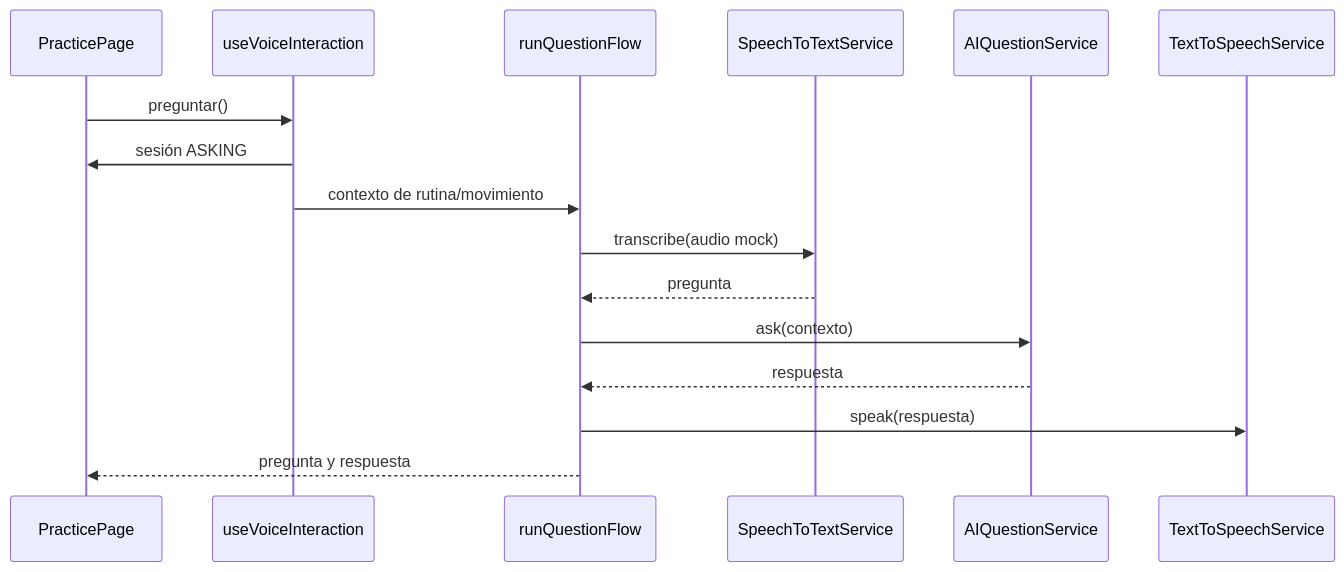
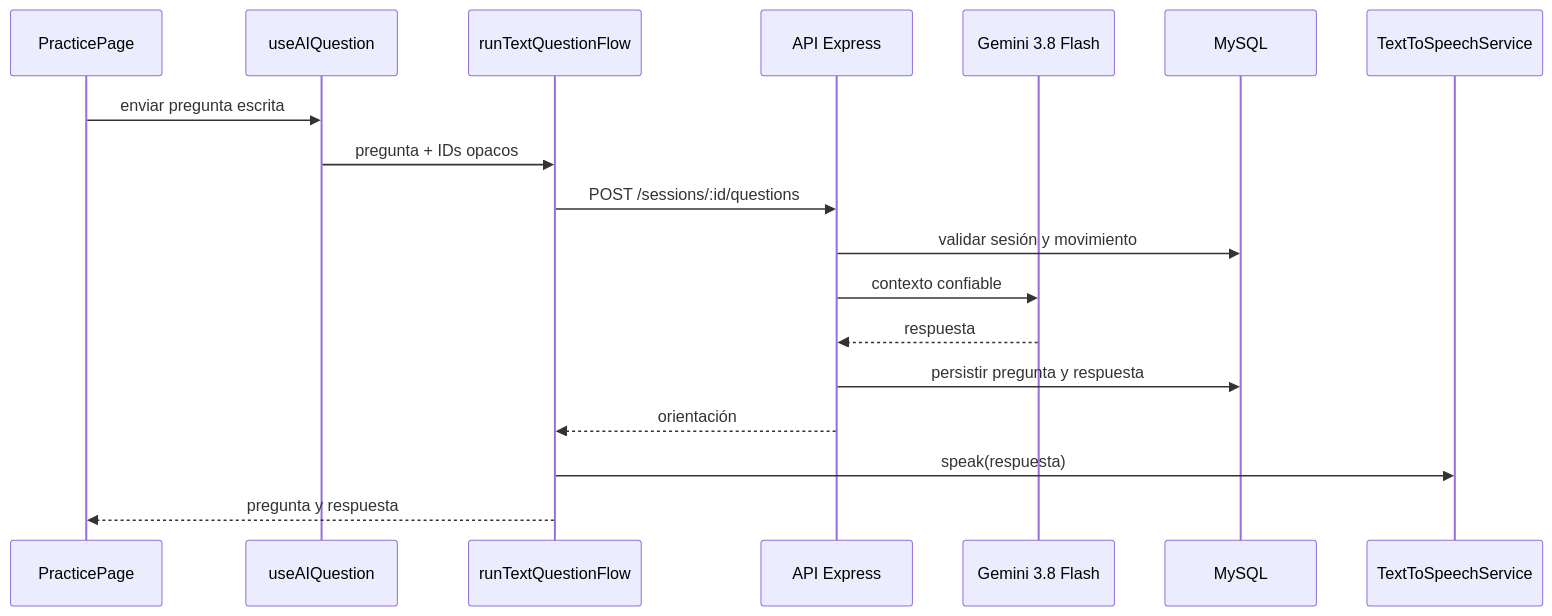
Before and after one commit to marianafloreslopez99/Taichi: the second of 2 diagrams in docs/ARCHITECTURE.md, drawn with Mermaid. The commit also changed other lines of this file and 24 other files, not shown here.

Commit message:
feat: make Gemini questions functional end to end

````diff
--- a/docs/ARCHITECTURE.md
+++ b/docs/ARCHITECTURE.md
@@ -17,18 +17,20 @@
 ```mermaid
 sequenceDiagram
   participant UI as PracticePage
-  participant Hook as useVoiceInteraction
-  participant Flow as runQuestionFlow
-  participant STT as SpeechToTextService
-  participant LLM as AIQuestionService
+  participant Hook as useAIQuestion
+  participant Flow as runTextQuestionFlow
+  participant API as API Express
+  participant LLM as Gemini 3.8 Flash
+  participant DB as MySQL
   participant TTS as TextToSpeechService
-  UI->>Hook: preguntar()
-  Hook->>UI: sesión ASKING
-  Hook->>Flow: contexto de rutina/movimiento
-  Flow->>STT: transcribe(audio mock)
-  STT-->>Flow: pregunta
-  Flow->>LLM: ask(contexto)
-  LLM-->>Flow: respuesta
+  UI->>Hook: enviar pregunta escrita
+  Hook->>Flow: pregunta + IDs opacos
+  Flow->>API: POST /sessions/:id/questions
+  API->>DB: validar sesión y movimiento
+  API->>LLM: contexto confiable
+  LLM-->>API: respuesta
+  API->>DB: persistir pregunta y respuesta
+  API-->>Flow: orientación
   Flow->>TTS: speak(respuesta)
   Flow-->>UI: pregunta y respuesta
 ```
````
